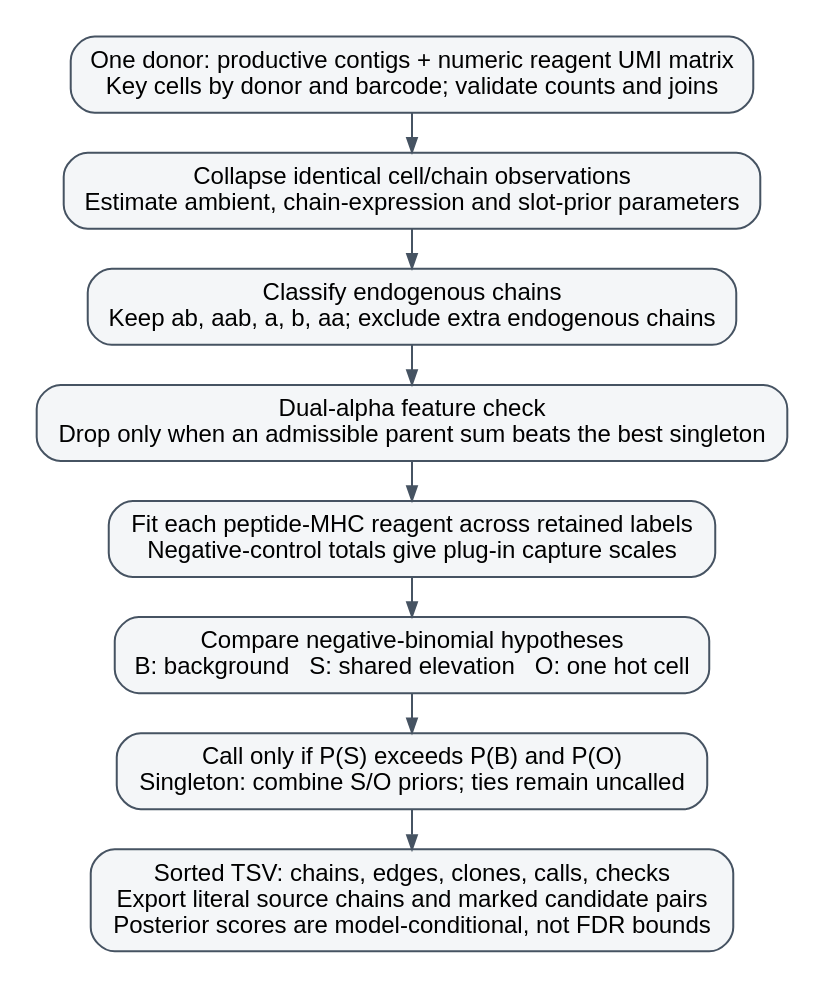
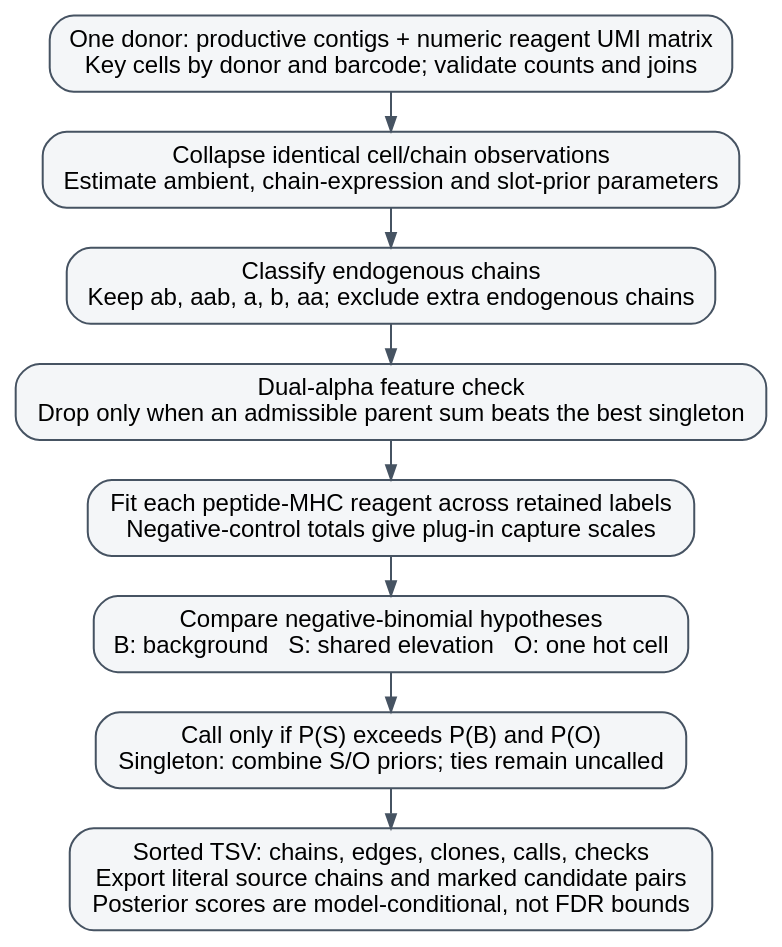
The diagram in docs/_static/dcode-method.dot (antigenomics/vdjdb-db), drawn with Graphviz before and after one commit. The commit also changed 24 other files, not shown here.

```diff
--- a/docs/_static/dcode-method.dot
+++ b/docs/_static/dcode-method.dot
@@ -1,14 +1,14 @@
 digraph dcode_method {
-  graph [rankdir=TB, bgcolor="white", pad="0.15", ranksep="0.28"];
+  graph [rankdir=TB, bgcolor="transparent", pad="0.15", ranksep="0.28"];
   node [shape=box, style="rounded,filled", fillcolor="#f4f6f8", color="#465362", fontname="Arial", fontsize=12, margin="0.15,0.08"];
   edge [color="#465362", arrowsize=0.7];
   input [label="One donor: productive contigs + numeric reagent UMI matrix\nKey cells by donor and barcode; validate counts and joins"];
   chains [label="Collapse identical cell/chain observations\nEstimate ambient, chain-expression and slot-prior parameters"];
   shape [label="Classify endogenous chains\nKeep ab, aab, a, b, aa; exclude extra endogenous chains"];
   doublet [label="Dual-alpha feature check\nDrop only when an admissible parent sum beats the best singleton"];
   counts [label="Fit each peptide-MHC reagent across retained labels\nNegative-control totals give plug-in capture scales"];
   hyp [label="Compare negative-binomial hypotheses\nB: background   S: shared elevation   O: one hot cell"];
   call [label="Call only if P(S) exceeds P(B) and P(O)\nSingleton: combine S/O priors; ties remain uncalled"];
   out [label="Sorted TSV: chains, edges, clones, calls, checks\nExport literal source chains and marked candidate pairs\nPosterior scores are model-conditional, not FDR bounds"];
   input -> chains -> shape -> doublet -> counts -> hyp -> call -> out;
 }
```
